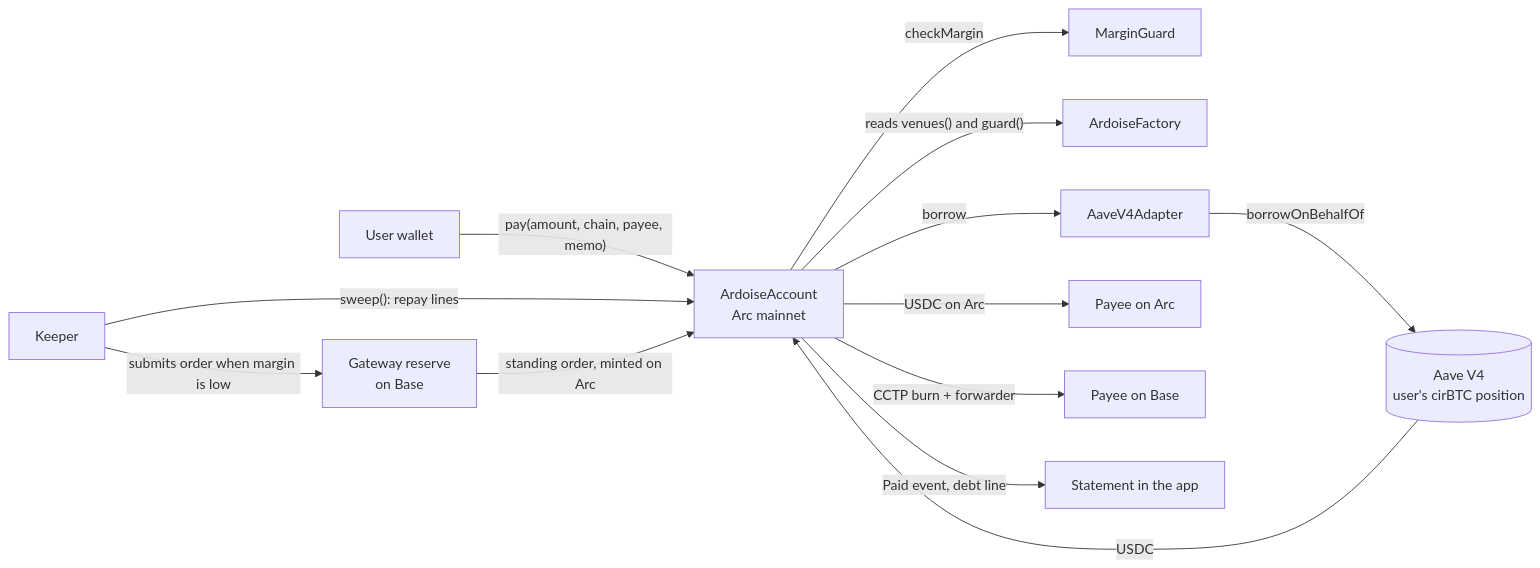
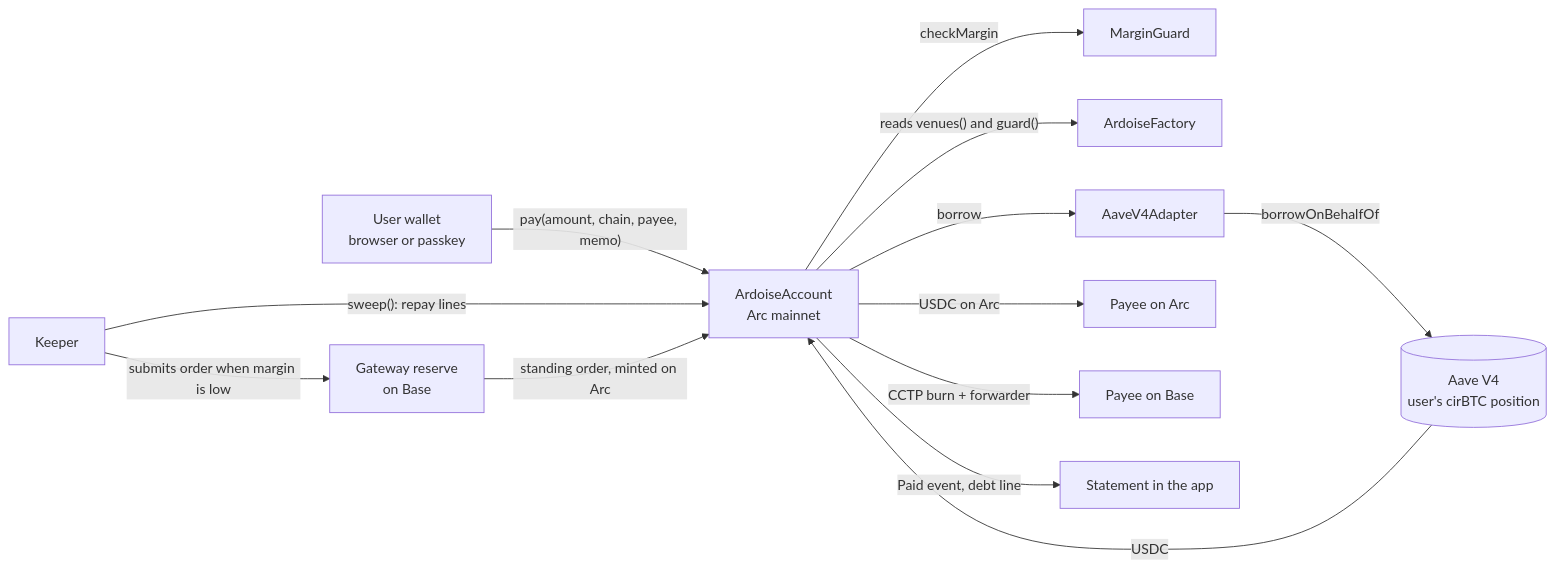
The diagram in README.md (enzoblain/Ardoise), drawn with Mermaid before and after one commit. The commit also changed other lines of this file and 16 other files, not shown here.

First line of the commit message:
feat(app): sign in and pay with a circle passkey smart account (#36)

````diff
--- a/README.md
+++ b/README.md
@@ -54,15 +54,15 @@
 ```mermaid
 flowchart LR
-  W[User wallet] -->|"pay(amount, chain, payee, memo)"| A[ArdoiseAccount<br/>Arc mainnet]
+  W["User wallet<br/>browser or passkey"] -->|"pay(amount, chain, payee, memo)"| A[ArdoiseAccount<br/>Arc mainnet]
   A -->|checkMargin| G[MarginGuard]
   A -->|"reads venues() and guard()"| F[ArdoiseFactory]
   A -->|borrow| AD[AaveV4Adapter]
   AD -->|"borrowOnBehalfOf"| AV[("Aave V4<br/>user's cirBTC position")]
   AV -->|USDC| A
   A -->|USDC on Arc| P1[Payee on Arc]
   A -->|"CCTP burn + forwarder"| P2[Payee on Base]
   A -->|"Paid event, debt line"| S[Statement in the app]
   K[Keeper] -->|"sweep(): repay lines"| A
   GW[Gateway reserve<br/>on Base] -->|"standing order, minted on Arc"| A
   K -->|submits order when margin is low| GW
 ```
````
